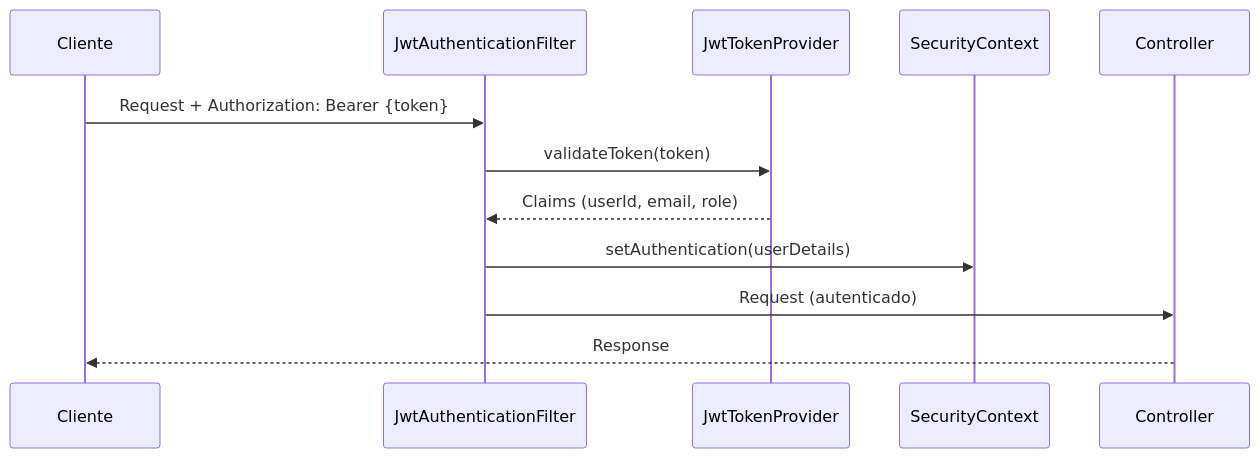
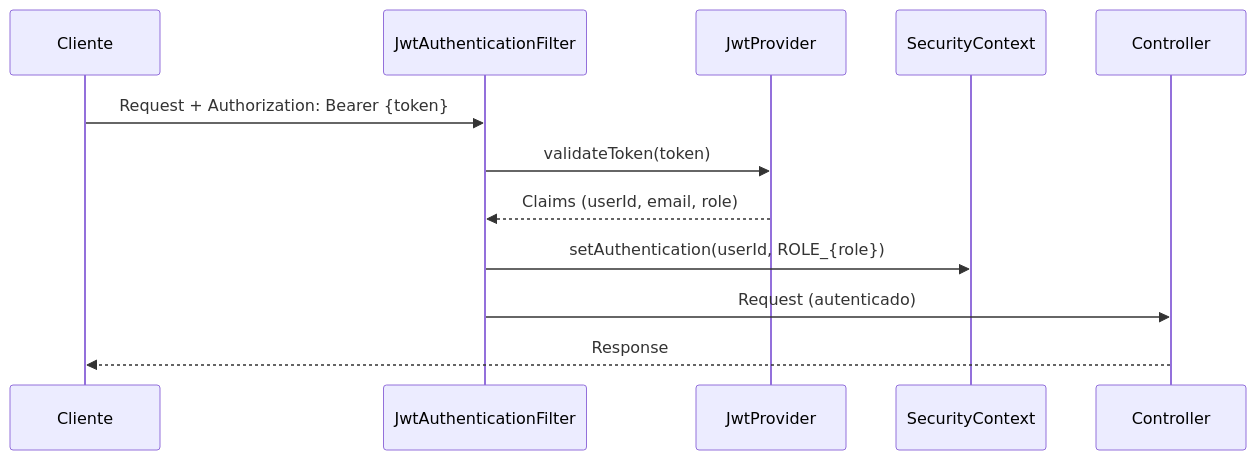
One commit to JuanPabloFraga/tax-manager-api changed the ninth of 9 diagrams in docs/ARCHITECTURE.md. Above: the diagram before and after it, drawn with Mermaid. The commit also changed other lines of this file and 2 other files, not shown here.

````diff
--- a/docs/ARCHITECTURE.md
+++ b/docs/ARCHITECTURE.md
@@ -523,15 +522,15 @@
 ```mermaid
 sequenceDiagram
     participant C as Cliente
     participant F as JwtAuthenticationFilter
-    participant JP as JwtTokenProvider
+    participant JP as JwtProvider
     participant SC as SecurityContext
     participant CT as Controller
 
     C->>F: Request + Authorization: Bearer {token}
     F->>JP: validateToken(token)
     JP-->>F: Claims (userId, email, role)
-    F->>SC: setAuthentication(userDetails)
+    F->>SC: setAuthentication(userId, ROLE_{role})
     F->>CT: Request (autenticado)
     CT-->>C: Response
 ```
````
